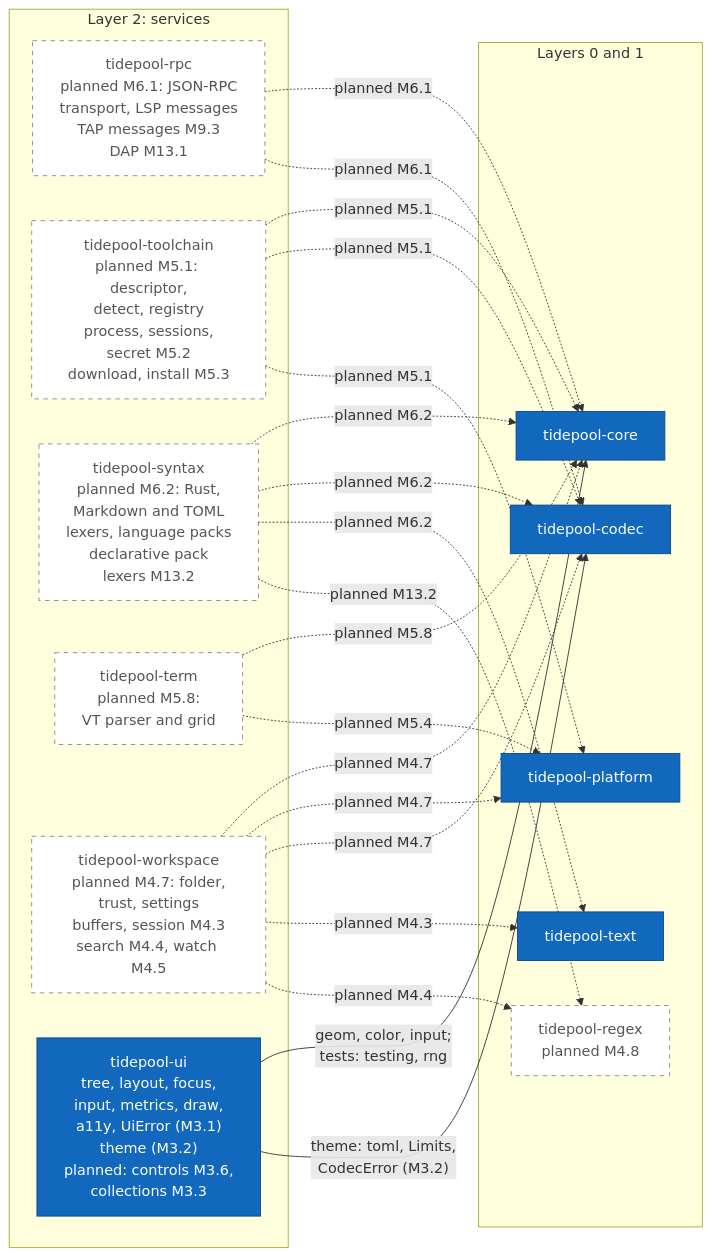
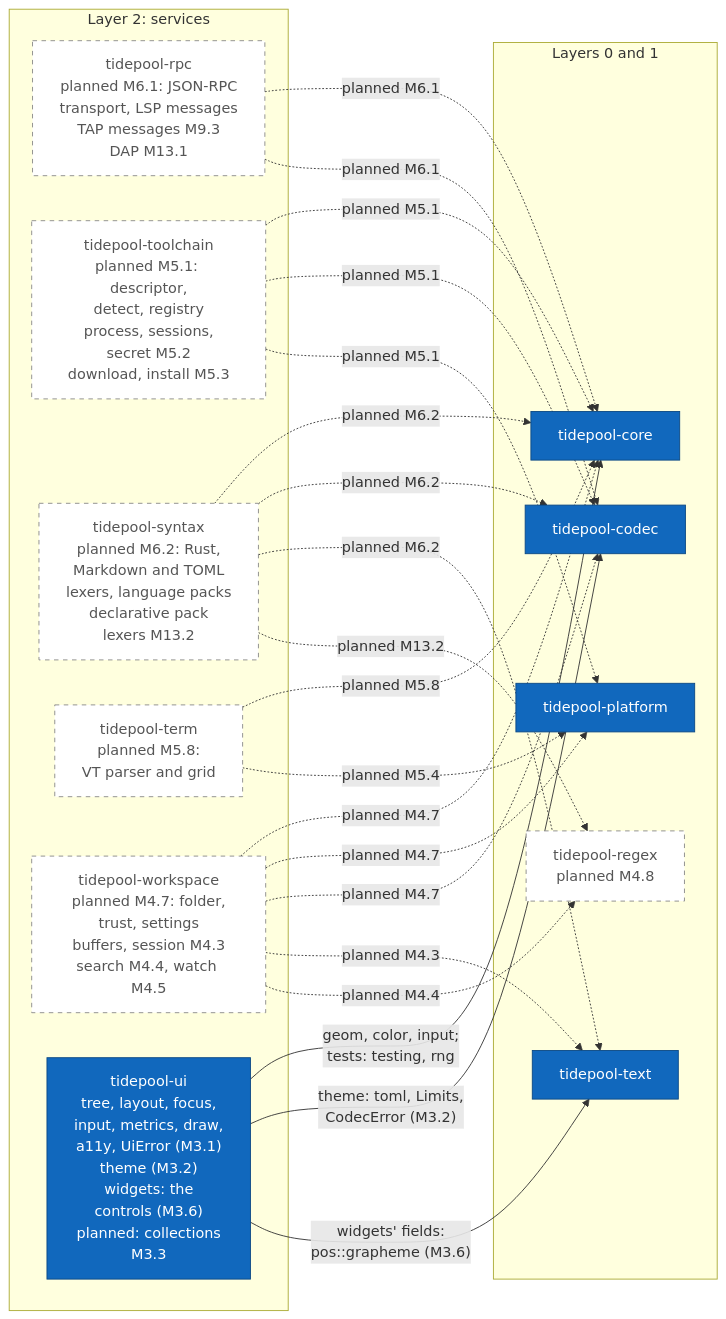
Before and after one commit to jabbott-iii/Tidepool: the seventh of 17 diagrams in diagrams/c4-architecture.md, drawn with Mermaid. The commit also changed other lines of this file and 64 other files, not shown here.

First line of the commit message:
ui: controls, theme tokens and grapheme editing (M3.6)

````diff
--- a/diagrams/c4-architecture.md
+++ b/diagrams/c4-architecture.md
@@ -364,42 +366,43 @@
 ```mermaid
 flowchart LR
     subgraph L2["Layer 2: services"]
         k_rpc["tidepool-rpc<br/>planned M6.1: JSON-RPC<br/>transport, LSP messages<br/>TAP messages M9.3<br/>DAP M13.1"]
         k_toolchain["tidepool-toolchain<br/>planned M5.1: descriptor,<br/>detect, registry<br/>process, sessions,<br/>secret M5.2<br/>download, install M5.3"]
         k_syntax["tidepool-syntax<br/>planned M6.2: Rust,<br/>Markdown and TOML<br/>lexers, language packs<br/>declarative pack<br/>lexers M13.2"]
         k_term["tidepool-term<br/>planned M5.8:<br/>VT parser and grid"]
         k_workspace["tidepool-workspace<br/>planned M4.7: folder,<br/>trust, settings<br/>buffers, session M4.3<br/>search M4.4, watch M4.5"]
-        k_ui["tidepool-ui<br/>tree, layout, focus,<br/>input, metrics, draw,<br/>a11y, UiError (M3.1)<br/>theme (M3.2)<br/>planned: controls M3.6,<br/>collections M3.3"]
+        k_ui["tidepool-ui<br/>tree, layout, focus,<br/>input, metrics, draw,<br/>a11y, UiError (M3.1)<br/>theme (M3.2)<br/>widgets: the<br/>controls (M3.6)<br/>planned: collections<br/>M3.3"]
     end
     subgraph L01["Layers 0 and 1"]
         k_platform["tidepool-platform"]
         k_codec["tidepool-codec"]
         k_text["tidepool-text"]
         k_regex["tidepool-regex<br/>planned M4.8"]
         k_core["tidepool-core"]
     end
 
     k_rpc -.->|"planned M6.1"| k_core
     k_rpc -.->|"planned M6.1"| k_codec
     k_toolchain -.->|"planned M5.1"| k_core
     k_toolchain -.->|"planned M5.1"| k_codec
     k_toolchain -.->|"planned M5.1"| k_platform
     k_syntax -.->|"planned M6.2"| k_core
     k_syntax -.->|"planned M6.2"| k_codec
     k_syntax -.->|"planned M6.2"| k_text
     k_syntax -.->|"planned M13.2"| k_regex
     k_term -.->|"planned M5.8"| k_core
     k_term -.->|"planned M5.4"| k_platform
     k_workspace -.->|"planned M4.7"| k_core
     k_workspace -.->|"planned M4.7"| k_platform
     k_workspace -.->|"planned M4.7"| k_codec
     k_workspace -.->|"planned M4.3"| k_text
     k_workspace -.->|"planned M4.4"| k_regex
     k_ui -->|"geom, color, input;<br/>tests: testing, rng"| k_core
     k_ui -->|"theme: toml, Limits,<br/>CodecError (M3.2)"| k_codec
+    k_ui -->|"widgets' fields:<br/>pos::grapheme (M3.6)"| k_text
 
     classDef built fill:#1168bd,stroke:#0b4884,color:#ffffff
     classDef planned fill:#ffffff,stroke:#888888,stroke-dasharray: 5 5,color:#555555
     class k_platform,k_codec,k_text,k_core,k_ui built
     class k_rpc,k_toolchain,k_syntax,k_term,k_workspace,k_regex planned
 ```
````
